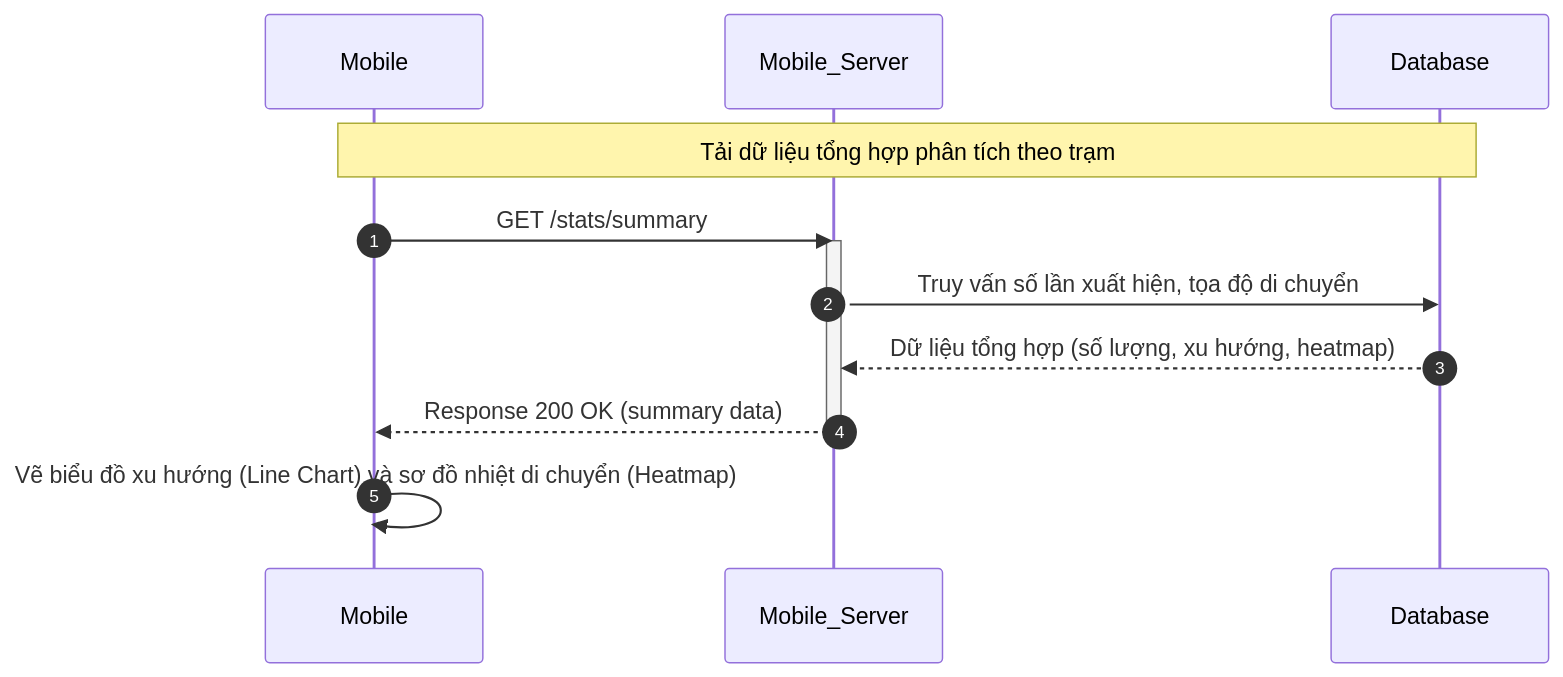
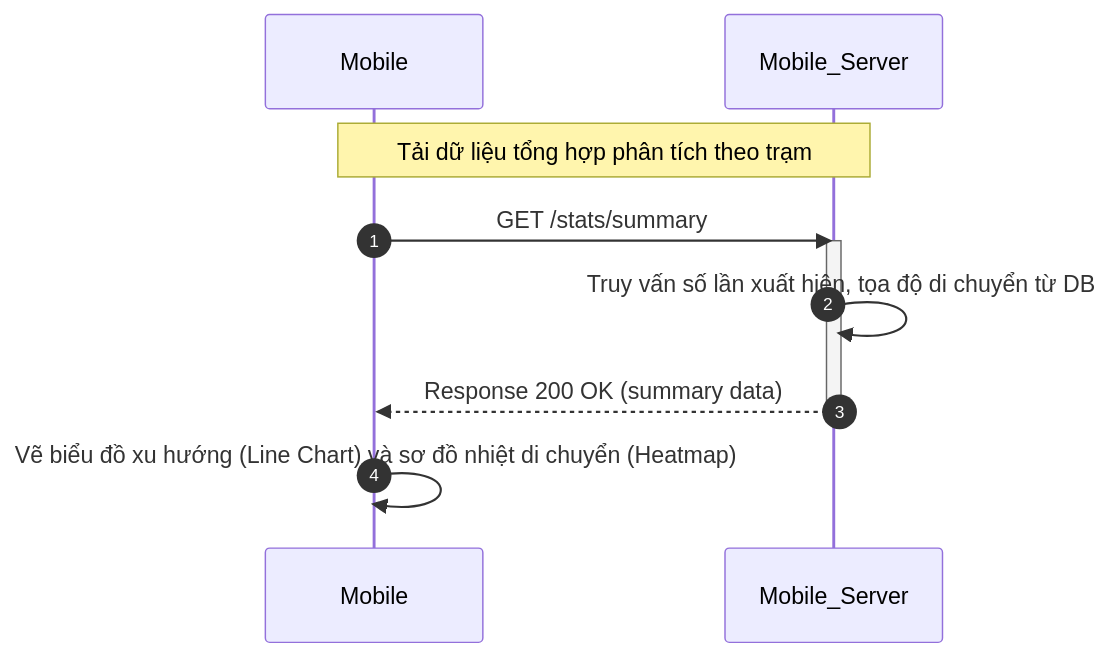
Before and after one commit to trungnguyenthien/Wildlife-Warning-and-Deterrence-System: the eighth of 18 diagrams in docs/04-sequence-diagram.md, drawn with Mermaid. The commit also changed other lines of this file, not shown here.

Commit message:
docs: update sequence diagram to reflect latest system flow refinements

````diff
--- a/docs/04-sequence-diagram.md
+++ b/docs/04-sequence-diagram.md
@@ -359,16 +343,14 @@
 ```mermaid
 sequenceDiagram
     autonumber
     participant Mobile as Mobile
     participant Mobile_Server as Mobile_Server
-    participant Database as Database
 
-    Note over Mobile, Database: Tải dữ liệu tổng hợp phân tích theo trạm
+    Note over Mobile, Mobile_Server: Tải dữ liệu tổng hợp phân tích theo trạm
     Mobile->>Mobile_Server: GET /stats/summary
     activate Mobile_Server
-    Mobile_Server->>Database: Truy vấn số lần xuất hiện, tọa độ di chuyển
-    Database-->>Mobile_Server: Dữ liệu tổng hợp (số lượng, xu hướng, heatmap)
+    Mobile_Server->>Mobile_Server: Truy vấn số lần xuất hiện, tọa độ di chuyển từ DB
     Mobile_Server-->>Mobile: Response 200 OK (summary data)
     deactivate Mobile_Server
     Mobile->>Mobile: Vẽ biểu đồ xu hướng (Line Chart) và sơ đồ nhiệt di chuyển (Heatmap)
 ```
````
